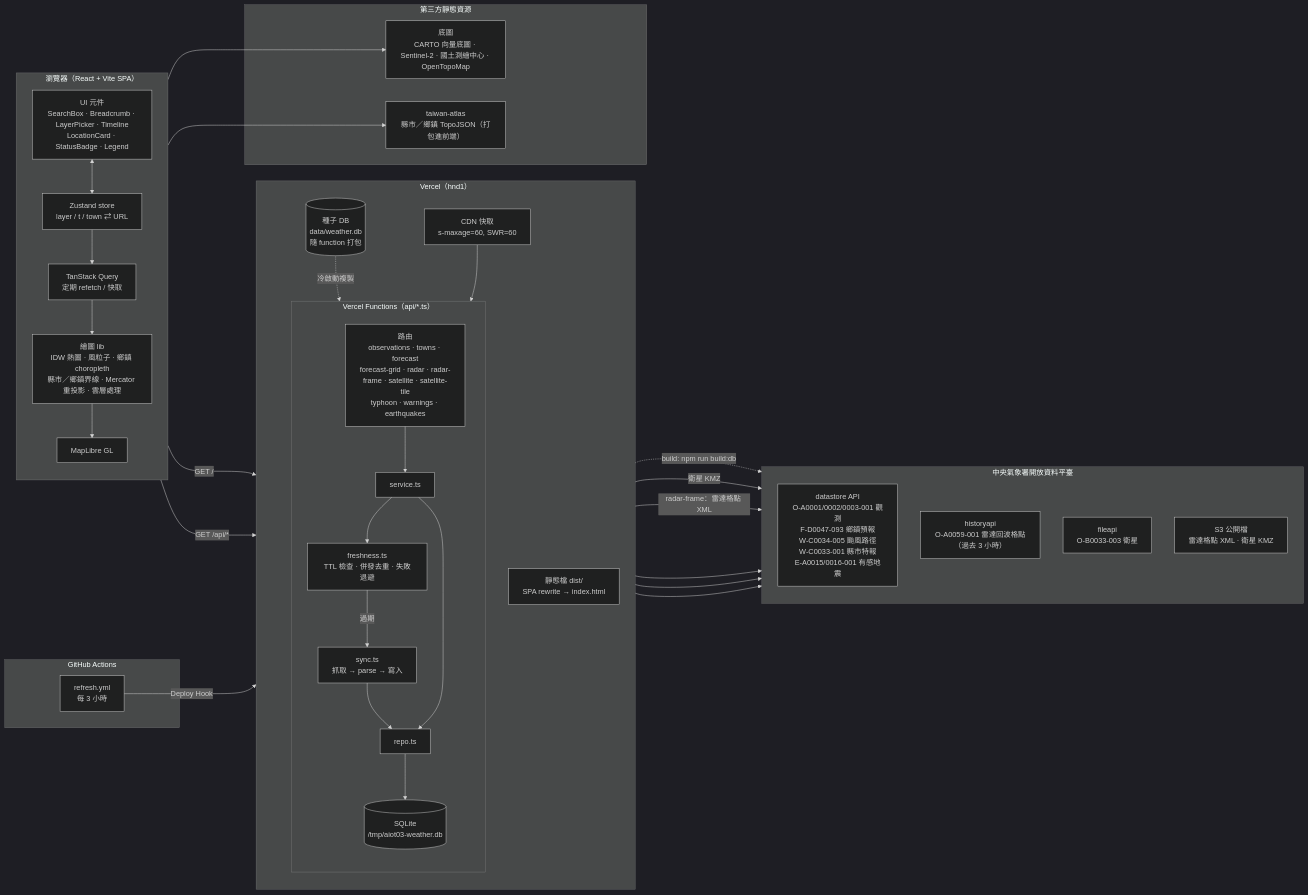
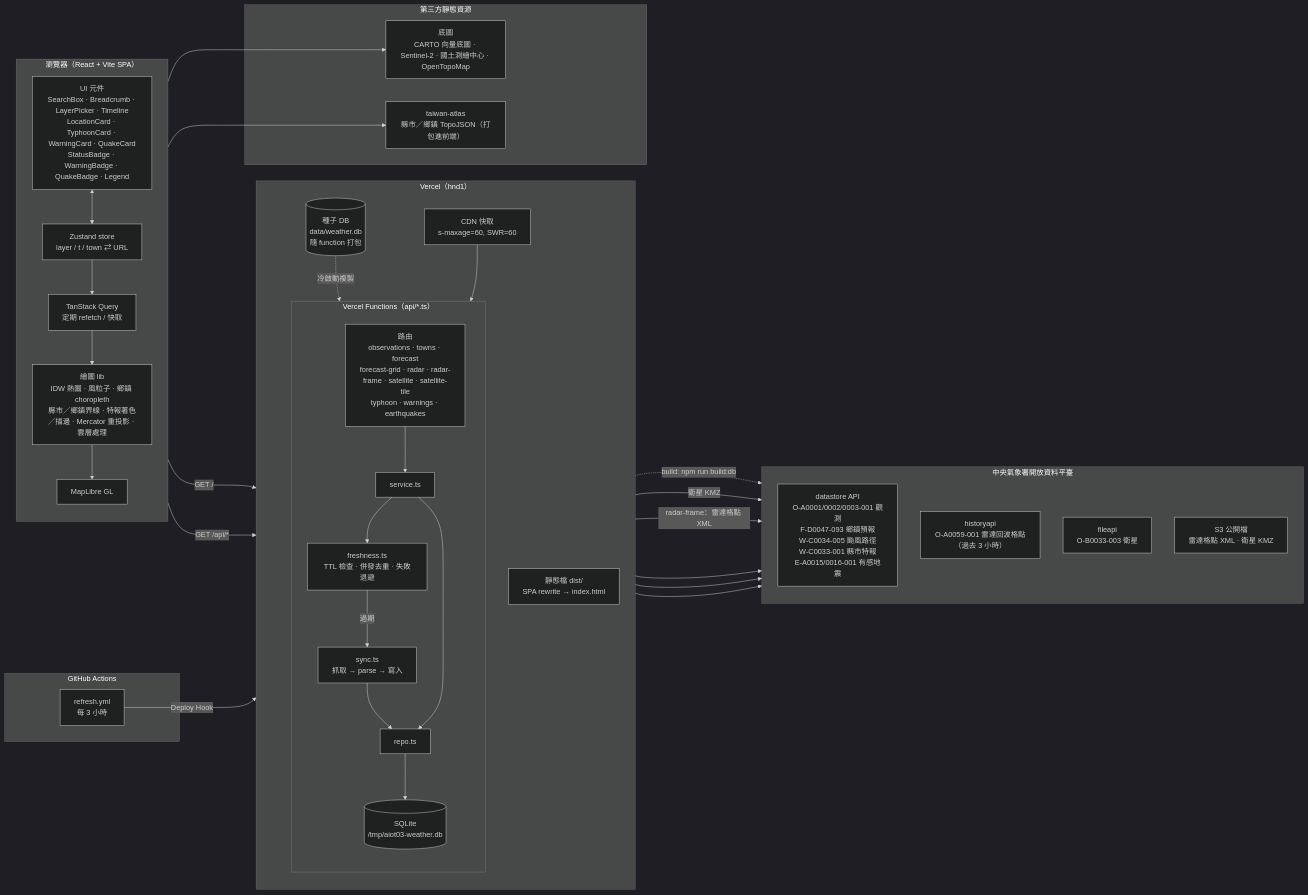
Before and after one commit to anjyuelee/aiot03: the first of 3 diagrams in README.md, drawn with Mermaid (dark theme). The commit also changed other lines of this file and 2 other files, not shown here.

First line of the commit message:
docs: add warning screenshots to readme

````diff
--- a/README.md
+++ b/README.md
@@ -55,64 +61,64 @@
 ```mermaid
 flowchart LR
   subgraph Browser["瀏覽器（React + Vite SPA）"]
     direction TB
-    UI["UI 元件<br/>SearchBox · Breadcrumb · LayerPicker · Timeline<br/>LocationCard · StatusBadge · Legend"]
+    UI["UI 元件<br/>SearchBox · Breadcrumb · LayerPicker · Timeline<br/>LocationCard · TyphoonCard · WarningCard · QuakeCard<br/>StatusBadge · WarningBadge · QuakeBadge · Legend"]
     Store["Zustand store<br/>layer / t / town ⇄ URL"]
     Query["TanStack Query<br/>定期 refetch / 快取"]
-    Render["繪圖 lib<br/>IDW 熱圖 · 風粒子 · 鄉鎮 choropleth<br/>縣市／鄉鎮界線 · Mercator 重投影 · 雲層處理"]
+    Render["繪圖 lib<br/>IDW 熱圖 · 風粒子 · 鄉鎮 choropleth<br/>縣市／鄉鎮界線 · 特報著色／描邊 · Mercator 重投影 · 雲層處理"]
     Map["MapLibre GL"]
     UI <--> Store
     Store --> Query
     Query --> Render --> Map
   end
 
   subgraph Vercel["Vercel（hnd1）"]
     direction TB
     Static["靜態檔 dist/<br/>SPA rewrite → index.html"]
     CDN["CDN 快取<br/>s-maxage=60, SWR=60"]
     subgraph Fn["Vercel Functions（api/*.ts）"]
       direction TB
       API["路由<br/>observations · towns · forecast<br/>forecast-grid · radar · radar-frame · satellite · satellite-tile<br/>typhoon · warnings · earthquakes"]
       Service["service.ts"]
       Fresh["freshness.ts<br/>TTL 檢查 · 併發去重 · 失敗退避"]
       Sync["sync.ts<br/>抓取 → parse → 寫入"]
       Repo["repo.ts"]
       TmpDB[("SQLite<br/>/tmp/aiot03-weather.db")]
       API --> Service --> Fresh
       Fresh -- 過期 --> Sync --> Repo
       Service --> Repo --> TmpDB
     end
     Seed[("種子 DB<br/>data/weather.db<br/>隨 function 打包")]
     Seed -. 冷啟動複製 .-> TmpDB
     CDN --> API
   end
 
   subgraph CWA["中央氣象署開放資料平臺"]
     direction TB
     DS["datastore API<br/>O-A0001/0002/0003-001 觀測<br/>F-D0047-093 鄉鎮預報<br/>W-C0034-005 颱風路徑<br/>W-C0033-001 縣市特報<br/>E-A0015/0016-001 有感地震"]
     HA["historyapi<br/>O-A0059-001 雷達回波格點（過去 3 小時）"]
     FA["fileapi<br/>O-B0033-003 衛星"]
     S3["S3 公開檔<br/>雷達格點 XML · 衛星 KMZ"]
   end
 
   subgraph Ext["第三方靜態資源"]
     Carto["底圖<br/>CARTO 向量底圖 · Sentinel-2 · 國土測繪中心 · OpenTopoMap"]
     Atlas["taiwan-atlas<br/>縣市／鄉鎮 TopoJSON（打包進前端）"]
   end
 
   subgraph CI["GitHub Actions"]
     Cron["refresh.yml<br/>每 3 小時"]
   end
 
   Browser -- "GET /" --> Static
   Query -- "GET /api/*" --> CDN
   Map --> Carto
   Render --> Atlas
   Sync --> DS
   Sync --> FA
   Sync --> HA
   API -- "radar-frame：雷達格點 XML" --> S3
   Sync -- "衛星 KMZ" --> S3
   Cron -- "Deploy Hook" --> Vercel
   Vercel -. "build: npm run build:db" .-> CWA
 ```
````
